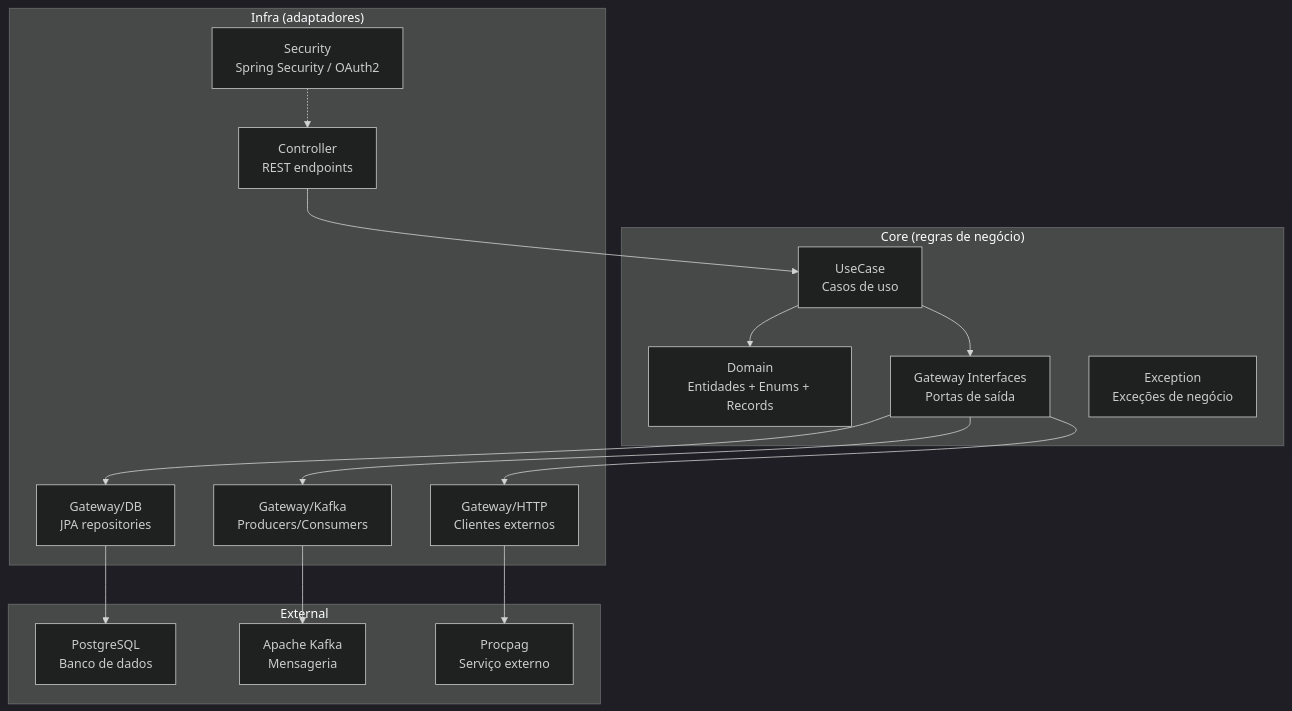
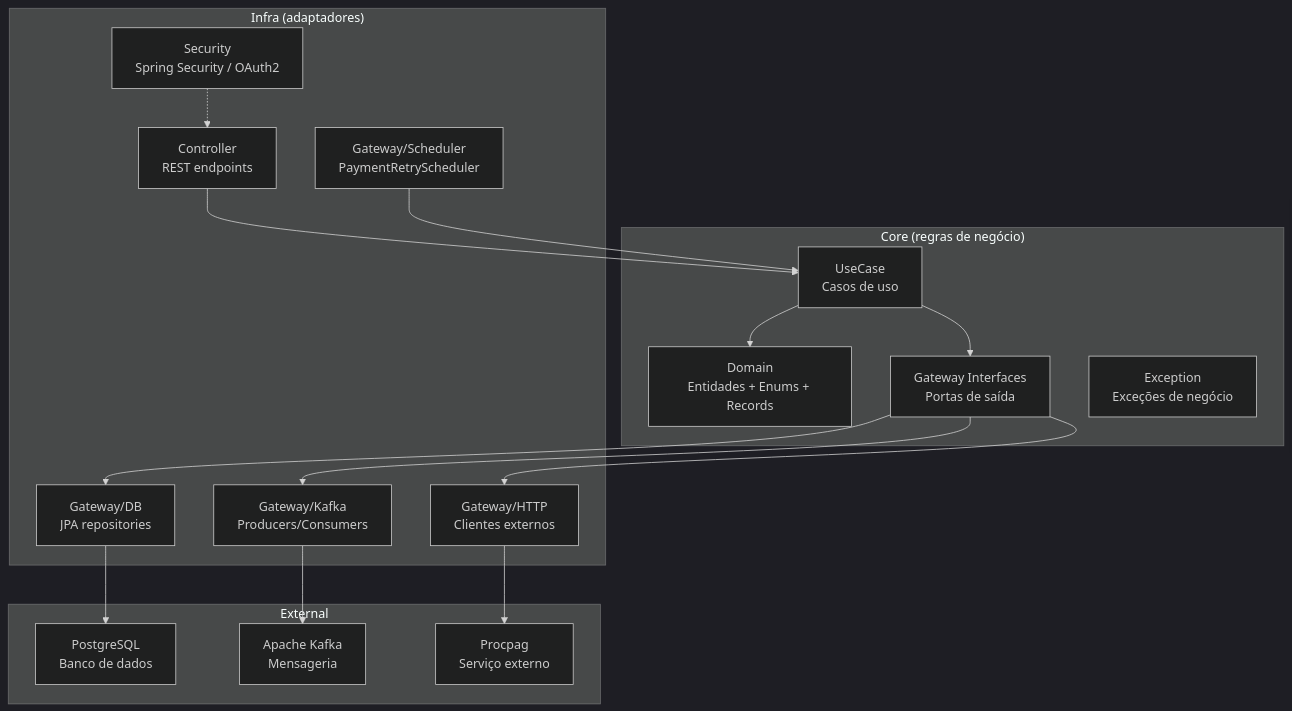
One commit to HugoOliveiraSoares/tech-challenge-iii changed the third of 7 diagrams in docs/architecture.md. Above: the diagram before and after it, drawn with Mermaid (dark theme). The commit also changed other lines of this file and 4 other files, not shown here.

````diff
--- a/docs/architecture.md
+++ b/docs/architecture.md
@@ -144,34 +151,36 @@
 ```mermaid
 graph TD
   subgraph "Core (regras de negócio)"
     DOM[Domain<br/>Entidades + Enums + Records]
     UC[UseCase<br/>Casos de uso]
     GW[Gateway Interfaces<br/>Portas de saída]
     EXC[Exception<br/>Exceções de negócio]
   end
 
   subgraph "Infra (adaptadores)"
     CTRL[Controller<br/>REST endpoints]
     DB[Gateway/DB<br/>JPA repositories]
     HTTP[Gateway/HTTP<br/>Clientes externos]
     KFK[Gateway/Kafka<br/>Producers/Consumers]
+    SCH[Gateway/Scheduler<br/>PaymentRetryScheduler]
     SEC[Security<br/>Spring Security / OAuth2]
   end
 
   subgraph "External"
     PG["PostgreSQL<br/>Banco de dados"]
     KP["Apache Kafka<br/>Mensageria"]
     EXT["Procpag<br/>Serviço externo"]
   end
 
   UC --> DOM
   UC --> GW
   GW --> DB
   GW --> HTTP
   GW --> KFK
   CTRL --> UC
   DB --> PG
   HTTP --> EXT
   KFK --> KP
+  SCH --> UC
   SEC -.-> CTRL
 ```
````
